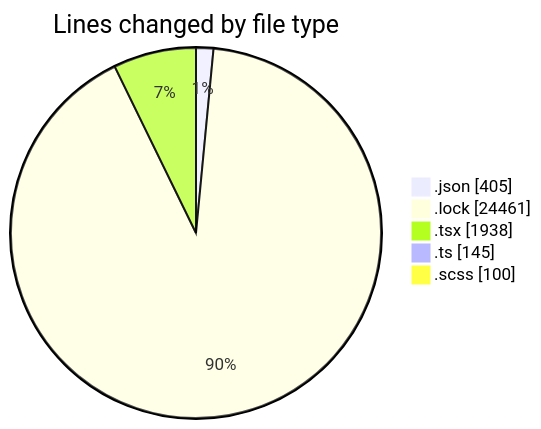
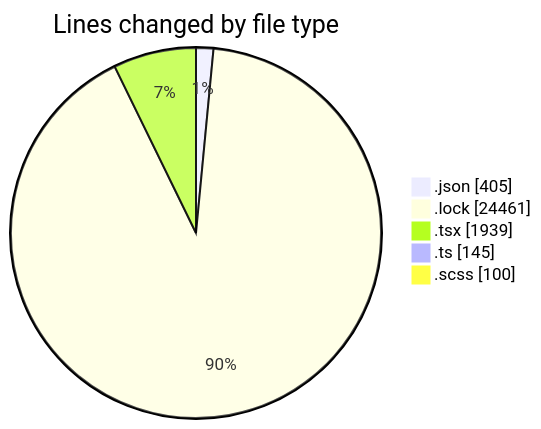
One commit to momahboobian/code-tracking changed the first of 2 diagrams in 2026-05-14/cda/README.md. Above: the diagram before and after it, drawn with Mermaid. The commit also changed other lines of this file and 1 other file, not shown here.

````diff
--- a/2026-05-14/cda/README.md
+++ b/2026-05-14/cda/README.md
@@ -36,9 +36,9 @@
 ```mermaid
 pie showData
 title Lines changed by file type
 ".json" : 405
 ".lock" : 24461
-".tsx" : 1938
+".tsx" : 1939
 ".ts" : 145
 ".scss" : 100
 ```
````
